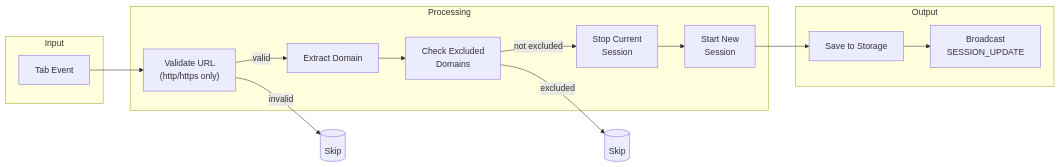
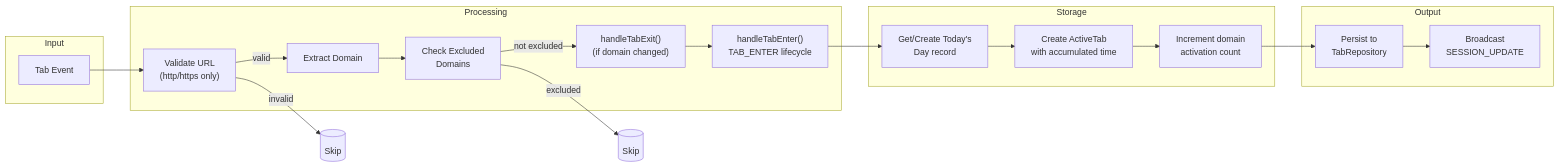
One commit to JayDosunmu/web-time-tracker changed the second of 9 diagrams in docs/architecture-dataflow.md. Above: the diagram before and after it, drawn with Mermaid. The commit also changed other lines of this file and 4 other files, not shown here.

Commit message:
Update documentation for architecture

````diff
--- a/docs/architecture-dataflow.md
+++ b/docs/architecture-dataflow.md
@@ -79,29 +90,38 @@
 ```mermaid
 flowchart LR
     subgraph Input
         event["Tab Event"]
     end
 
     subgraph Processing
         validate["Validate URL<br/>(http/https only)"]
         extract["Extract Domain"]
         checkExcluded["Check Excluded<br/>Domains"]
-        stopOld["Stop Current<br/>Session"]
-        startNew["Start New<br/>Session"]
+        tabExit["handleTabExit()<br/>(if domain changed)"]
+        tabEnter["handleTabEnter()<br/>TAB_ENTER lifecycle"]
+    end
+
+    subgraph Storage
+        getToday["Get/Create Today's<br/>Day record"]
+        createActiveTab["Create ActiveTab<br/>with accumulated time"]
+        updateDomain["Increment domain<br/>activation count"]
     end
 
     subgraph Output
-        storage["Save to Storage"]
+        persist["Persist to<br/>TabRepository"]
         broadcast["Broadcast<br/>SESSION_UPDATE"]
     end
 
     event --> validate
     validate -->|valid| extract
     validate -->|invalid| X1[("Skip")]
     extract --> checkExcluded
-    checkExcluded -->|not excluded| stopOld
+    checkExcluded -->|not excluded| tabExit
     checkExcluded -->|excluded| X2[("Skip")]
-    stopOld --> startNew
-    startNew --> storage
-    storage --> broadcast
+    tabExit --> tabEnter
+    tabEnter --> getToday
+    getToday --> createActiveTab
+    createActiveTab --> updateDomain
+    updateDomain --> persist
+    persist --> broadcast
 ```
````
